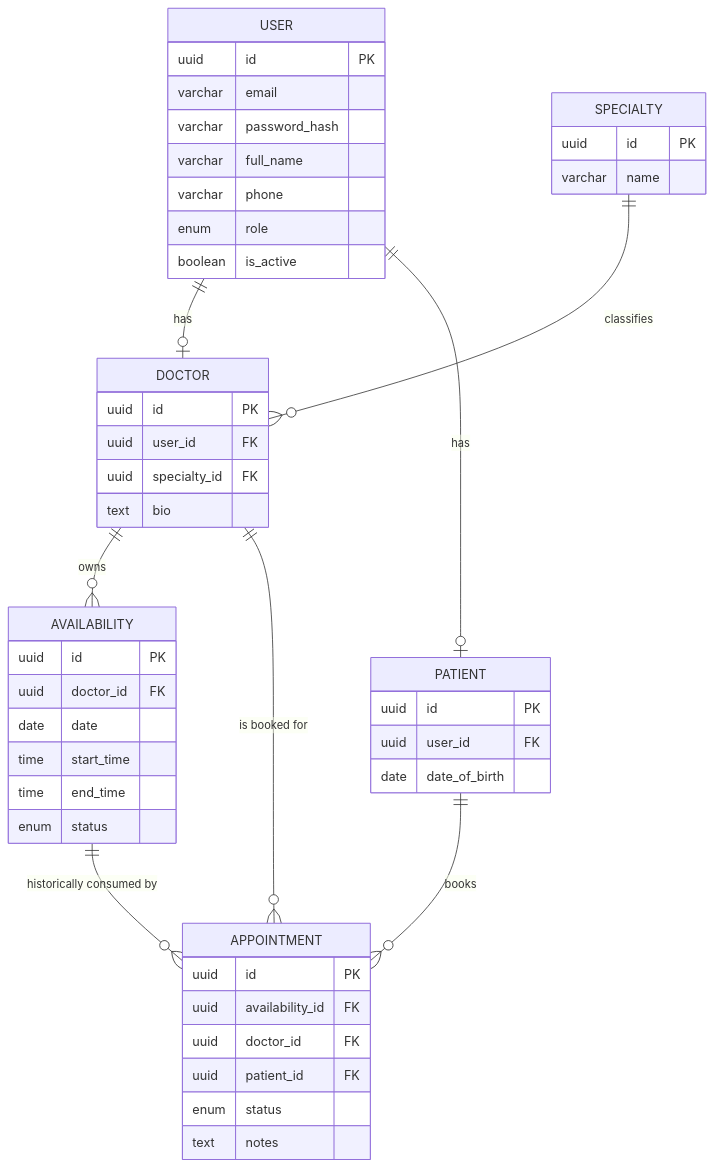
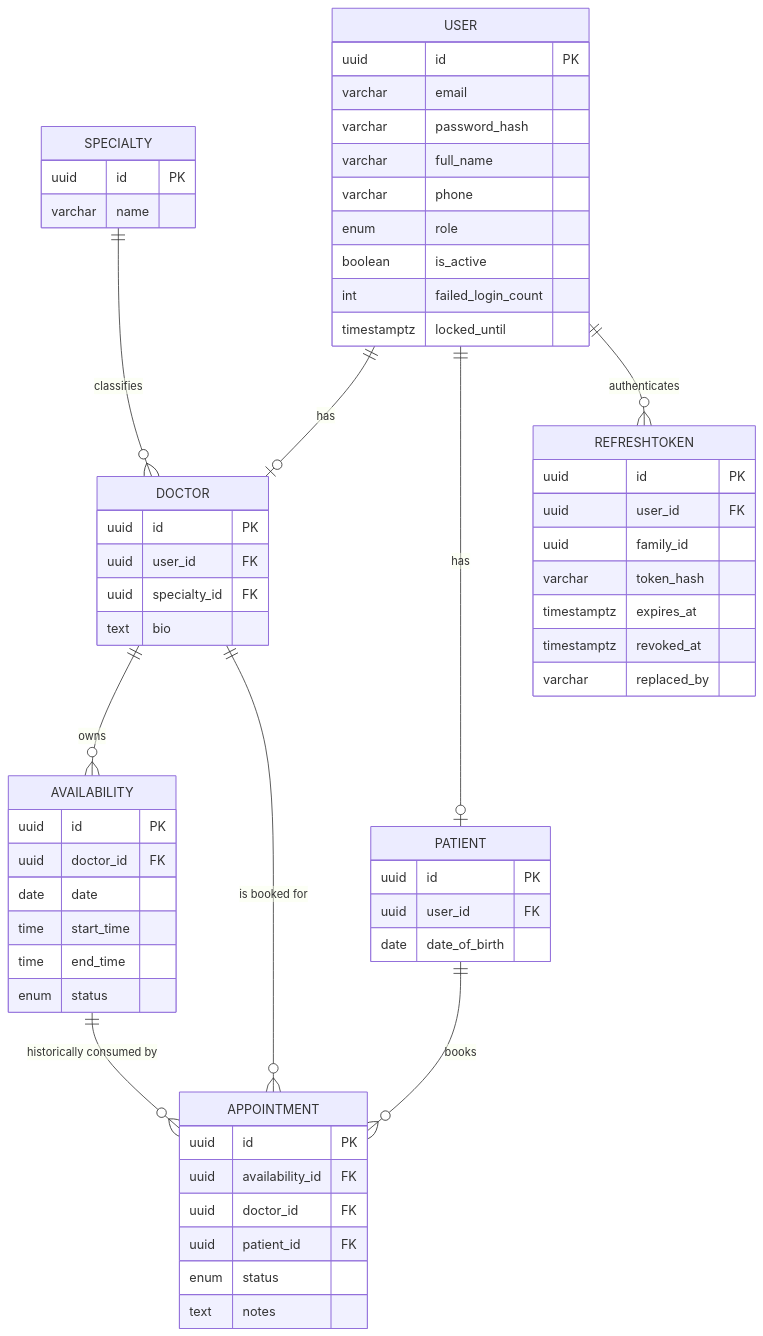
The diagram in docs/DATABASE.md (omarmoashraf/Clinic-Booking-System-API), drawn with Mermaid before and after one commit. The commit also changed other lines of this file and 26 other files, not shown here.

````diff
--- a/docs/DATABASE.md
+++ b/docs/DATABASE.md
@@ -133,51 +157,63 @@
 ```mermaid
 erDiagram
     USER ||--o| DOCTOR : has
     USER ||--o| PATIENT : has
+    USER ||--o{ REFRESHTOKEN : authenticates
     SPECIALTY ||--o{ DOCTOR : classifies
     DOCTOR ||--o{ AVAILABILITY : owns
     DOCTOR ||--o{ APPOINTMENT : "is booked for"
     PATIENT ||--o{ APPOINTMENT : books
     AVAILABILITY ||--o{ APPOINTMENT : "historically consumed by"
 
     USER {
         uuid id PK
         varchar email
         varchar password_hash
         varchar full_name
         varchar phone
         enum role
         boolean is_active
+        int failed_login_count
+        timestamptz locked_until
+    }
+    REFRESHTOKEN {
+        uuid id PK
+        uuid user_id FK
+        uuid family_id
+        varchar token_hash
+        timestamptz expires_at
+        timestamptz revoked_at
+        varchar replaced_by
     }
     SPECIALTY {
         uuid id PK
         varchar name
     }
     DOCTOR {
         uuid id PK
         uuid user_id FK
         uuid specialty_id FK
         text bio
     }
     PATIENT {
         uuid id PK
         uuid user_id FK
         date date_of_birth
     }
     AVAILABILITY {
         uuid id PK
         uuid doctor_id FK
         date date
         time start_time
         time end_time
         enum status
     }
     APPOINTMENT {
         uuid id PK
         uuid availability_id FK
         uuid doctor_id FK
         uuid patient_id FK
         enum status
         text notes
     }
 ```
````
